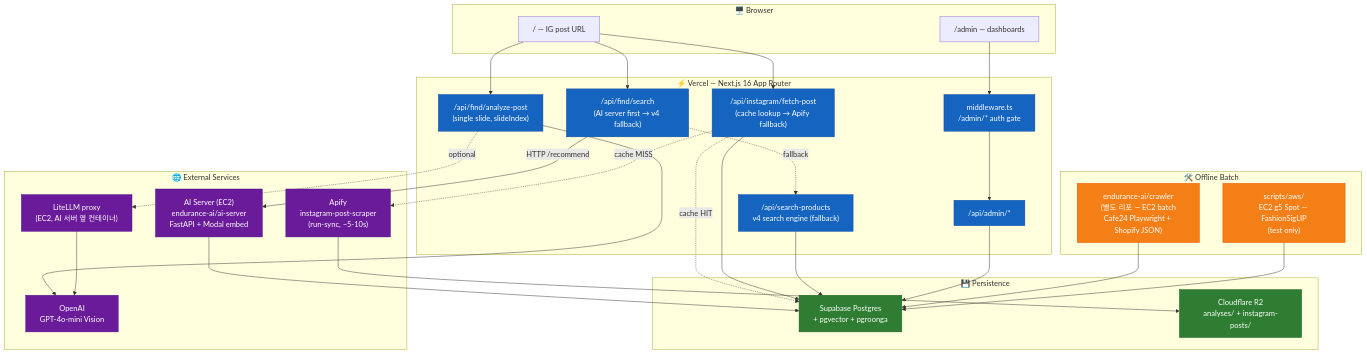
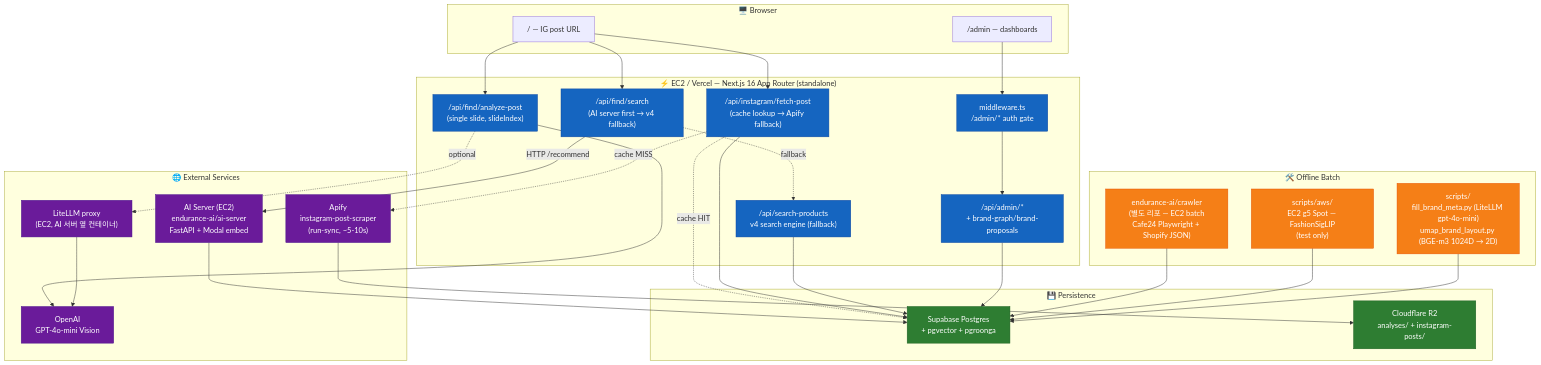
Before and after one commit to endurance-ai/portal.ai: the diagram in docs/ARCHITECTURE.md, drawn with Mermaid. The commit also changed other lines of this file and 33 other files, not shown here.

First line of the commit message:
feat: brand similarity graph (infra + admin UI) + EC2 self-host CI/CD (#37)

````diff
--- a/docs/ARCHITECTURE.md
+++ b/docs/ARCHITECTURE.md
@@ -35,65 +35,67 @@
 ```mermaid
 graph TB
     subgraph Browser["🖥️ Browser"]
         U1["/ — IG post URL"]
         U2["/admin — dashboards"]
     end
 
-    subgraph Vercel["⚡ Vercel — Next.js 16 App Router"]
+    subgraph Vercel["⚡ EC2 / Vercel — Next.js 16 App Router (standalone)"]
         MW["middleware.ts<br/>/admin/* auth gate"]
         API_IG["/api/instagram/fetch-post<br/>(cache lookup → Apify fallback)"]
         API_FIND_AN["/api/find/analyze-post<br/>(single slide, slideIndex)"]
         API_FIND_S["/api/find/search<br/>(AI server first → v4 fallback)"]
         API_SEARCH["/api/search-products<br/>v4 search engine (fallback)"]
-        API_ADMIN["/api/admin/*"]
+        API_ADMIN["/api/admin/*<br/>+ brand-graph/brand-proposals"]
     end
 
     subgraph External["🌐 External Services"]
         APIFY["Apify<br/>instagram-post-scraper<br/>(run-sync, ~5-10s)"]
         OAI["OpenAI<br/>GPT-4o-mini Vision"]
         AISERVER["AI Server (EC2)<br/>endurance-ai/ai-server<br/>FastAPI + Modal embed"]
         LITELLM["LiteLLM proxy<br/>(EC2, AI 서버 옆 컨테이너)"]
     end
 
     subgraph Data["💾 Persistence"]
         SB["Supabase Postgres<br/>+ pgvector + pgroonga"]
         R2["Cloudflare R2<br/>analyses/ + instagram-posts/"]
     end
 
     subgraph Batch["🛠️ Offline Batch"]
         CRAWL["endurance-ai/crawler<br/>(별도 리포 — EC2 batch<br/>Cafe24 Playwright + Shopify JSON)"]
         EMBED["scripts/aws/<br/>EC2 g5 Spot — FashionSigLIP<br/>(test only)"]
+        BRANDSCRIPTS["scripts/<br/>fill_brand_meta.py (LiteLLM gpt-4o-mini)<br/>umap_brand_layout.py (BGE-m3 1024D → 2D)"]
     end
 
     U1 --> API_IG
     API_IG -. cache HIT .-> SB
     API_IG -. cache MISS .-> APIFY
     APIFY --> R2
     API_IG --> SB
 
     U1 --> API_FIND_AN
     API_FIND_AN --> OAI
     API_FIND_AN -.optional.-> LITELLM --> OAI
 
     U1 --> API_FIND_S
     API_FIND_S -->|HTTP /recommend| AISERVER
     API_FIND_S -. fallback .-> API_SEARCH
     AISERVER --> SB
     API_SEARCH --> SB
 
     U2 --> MW --> API_ADMIN
     API_ADMIN --> SB
 
     CRAWL --> SB
     EMBED --> SB
+    BRANDSCRIPTS --> SB
 
     classDef vercel fill:#1565c0,stroke:#0d47a1,color:#fff
     classDef ext fill:#6a1b9a,stroke:#4a148c,color:#fff
     classDef data fill:#2e7d32,stroke:#1b5e20,color:#fff
     classDef batch fill:#f57f17,stroke:#e65100,color:#fff
 
     class MW,API_SEARCH,API_IG,API_FIND_AN,API_FIND_S,API_ADMIN vercel
     class APIFY,OAI,LITELLM,AISERVER ext
     class SB,R2 data
-    class CRAWL,EMBED batch
+    class CRAWL,EMBED,BRANDSCRIPTS batch
 ```
````
